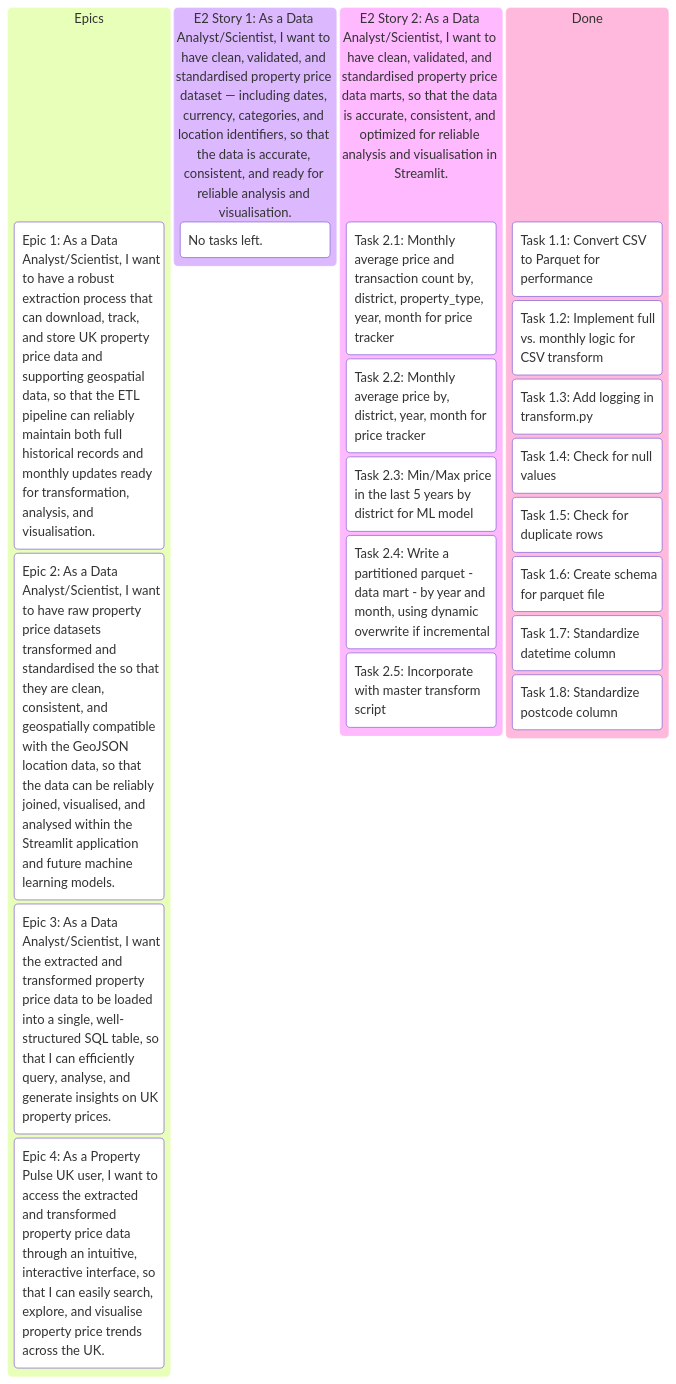
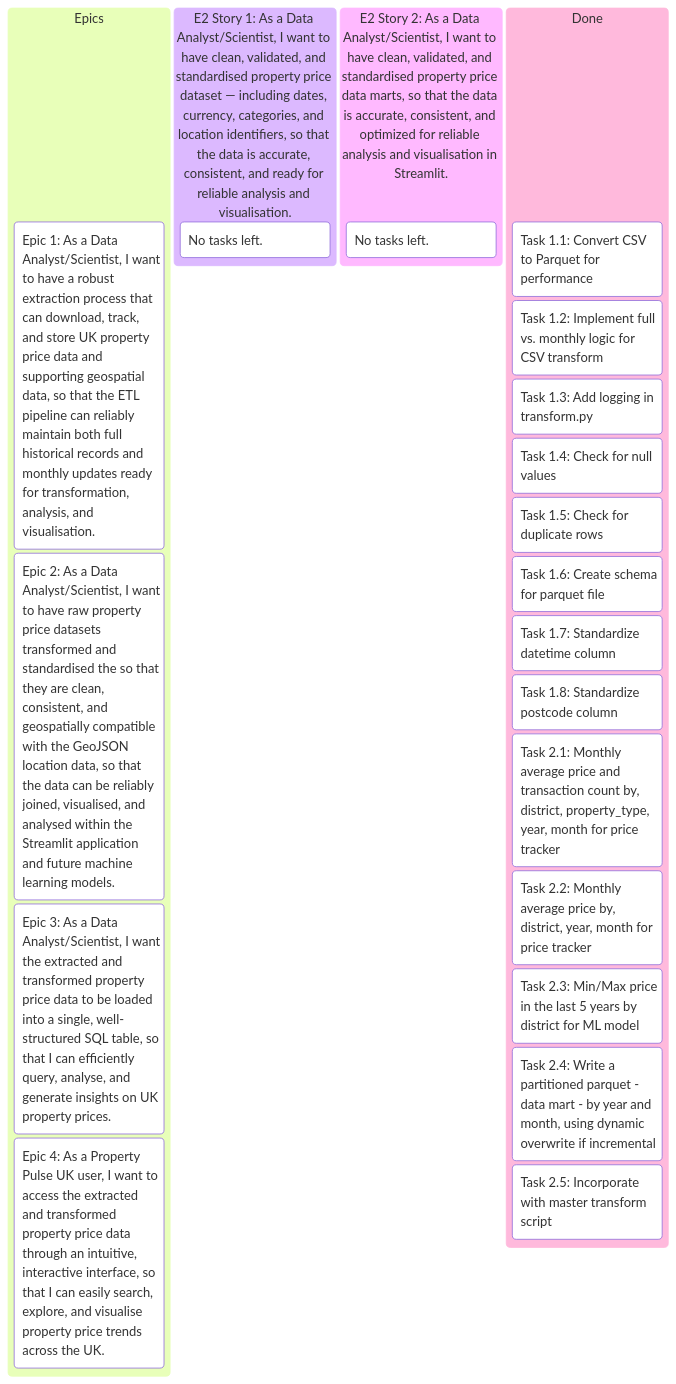
Before and after one commit to pavlekovic/property-pulse-uk: the second of 3 diagrams in README.md, drawn with Mermaid.

Commit message:
README update

````diff
--- a/README.md
+++ b/README.md
@@ -227,32 +227,33 @@
 ```mermaid
 kanban
     Epics
         (Epic 1: As a Data Analyst/Scientist, I want to have a robust extraction process that can download, track, and store UK property price data and supporting geospatial data, so that the ETL pipeline can reliably maintain both full historical records and monthly updates ready for transformation, analysis, and visualisation.)
 
         (Epic 2: As a Data Analyst/Scientist, I want to have raw property price datasets transformed and standardised the so that they are clean, consistent, and geospatially compatible with the GeoJSON location data, so that the data can be reliably joined, visualised, and analysed within the Streamlit application and future machine learning models.)
 
         (Epic 3: As a Data Analyst/Scientist, I want the extracted and transformed property price data to be loaded into a single, well-structured SQL table, so that I can efficiently query, analyse, and generate insights on UK property prices.)
 
         (Epic 4: As a Property Pulse UK user, I want to access the extracted and transformed property price data through an intuitive, interactive interface, so that I can easily search, explore, and visualise property price trends across the UK.)
 
     (E2 Story 1: As a Data Analyst/Scientist, I want to have clean, validated, and standardised property price dataset — including dates, currency, categories, and location identifiers, so that the data is accurate, consistent, and ready for reliable analysis and visualisation.)
         No tasks left.
 
     (E2 Story 2: As a Data Analyst/Scientist, I want to have clean, validated, and standardised property price data marts, so that the data is accurate, consistent, and optimized for reliable analysis and visualisation in Streamlit.)
-        Task 2.1: Monthly average price and transaction count by, district, property_type, year, month for price tracker
-        Task 2.2: Monthly average price by, district, year, month for price tracker
-        Task 2.3: Min/Max price in the last 5 years by district for ML model
-        Task 2.4: Write a partitioned parquet - data mart - by year and month, using dynamic overwrite if incremental
-        Task 2.5: Incorporate with master transform script
+        No tasks left.
 
     Done
         Task 1.1: Convert CSV to Parquet for performance
         Task 1.2: Implement full vs. monthly logic for CSV transform
         Task 1.3: Add logging in transform.py
         Task 1.4: Check for null values
         Task 1.5: Check for duplicate rows
         Task 1.6: Create schema for parquet file
         Task 1.7: Standardize datetime column
         Task 1.8: Standardize postcode column
+        Task 2.1: Monthly average price and transaction count by, district, property_type, year, month for price tracker
+        Task 2.2: Monthly average price by, district, year, month for price tracker
+        Task 2.3: Min/Max price in the last 5 years by district for ML model
+        Task 2.4: Write a partitioned parquet - data mart - by year and month, using dynamic overwrite if incremental
+        Task 2.5: Incorporate with master transform script
         
 ```
````
